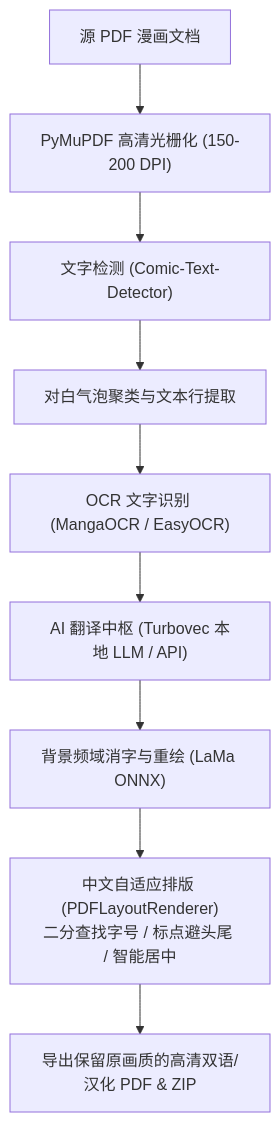
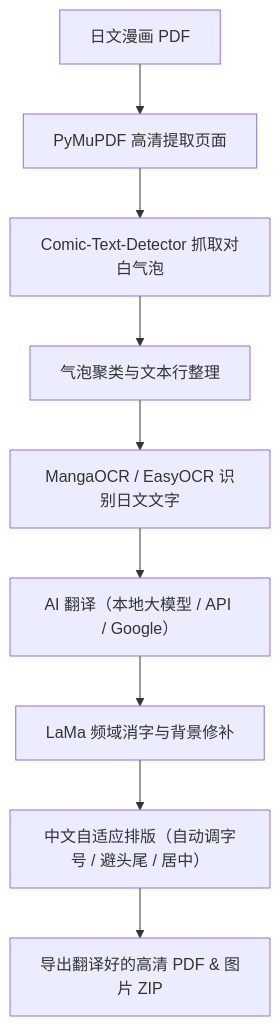
The diagram in README.md (TeeChinYean/Manga_Translate), drawn with Mermaid before and after one commit. The commit also changed other lines of this file, not shown here.

````diff
--- a/README.md
+++ b/README.md
@@ -43,11 +40,11 @@
 ```mermaid
 flowchart TD
-    A["源 PDF 漫画文档"] --> B["PyMuPDF 高清光栅化 (150-200 DPI)"]
-    B --> C["文字检测 (Comic-Text-Detector)"]
-    C --> D["对白气泡聚类与文本行提取"]
-    D --> E["OCR 文字识别 (MangaOCR / EasyOCR)"]
-    E --> F["AI 翻译中枢 (Turbovec 本地 LLM / API)"]
-    F --> G["背景频域消字与重绘 (LaMa ONNX)"]
-    G --> H["中文自适应排版 (PDFLayoutRenderer)<br>二分查找字号 / 标点避头尾 / 智能居中"]
-    H --> I["导出保留原画质的高清双语/汉化 PDF & ZIP"]
+    A["日文漫画 PDF"] --> B["PyMuPDF 高清提取页面"]
+    B --> C["Comic-Text-Detector 抓取对白气泡"]
+    C --> D["气泡聚类与文本行整理"]
+    D --> E["MangaOCR / EasyOCR 识别日文文字"]
+    E --> F["AI 翻译（本地大模型 / API / Google）"]
+    F --> G["LaMa 频域消字与背景修补"]
+    G --> H["中文自适应排版（自动调字号 / 避头尾 / 居中）"]
+    H --> I["导出翻译好的高清 PDF & 图片 ZIP"]
 ```
````
